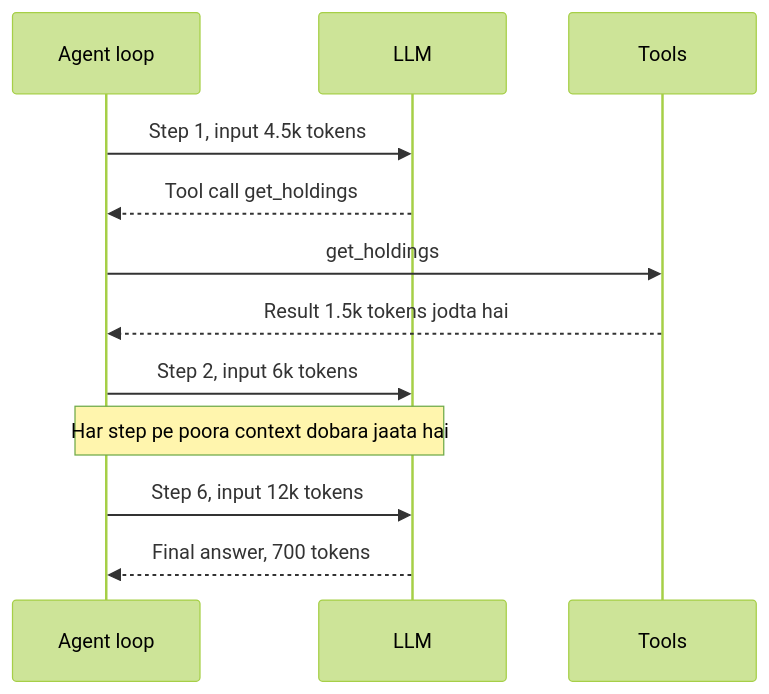
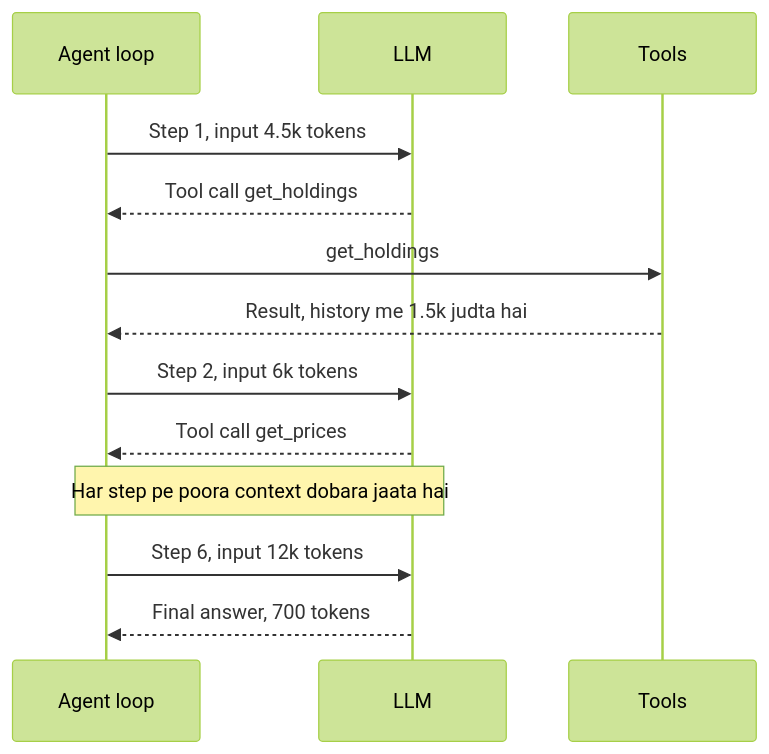
Before and after one commit to flow6979/viewinter: the second of 7 diagrams in content/11-agentic/11-cost-latency.md, drawn with Mermaid (forest theme). The commit also changed other lines of this file and 26 other files, not shown here.

First line of the commit message:
Agentic AI: rewrite all 13 pages to explain from scratch; animate diagrams on every article

````diff
--- a/content/11-agentic/11-cost-latency.md
+++ b/content/11-agentic/11-cost-latency.md
@@ -45,14 +77,15 @@
 ```mermaid
 sequenceDiagram
     participant A as Agent loop
     participant L as LLM
     participant T as Tools
     A->>L: Step 1, input 4.5k tokens
     L-->>A: Tool call get_holdings
     A->>T: get_holdings
-    T-->>A: Result 1.5k tokens jodta hai
+    T-->>A: Result, history me 1.5k judta hai
     A->>L: Step 2, input 6k tokens
+    L-->>A: Tool call get_prices
     Note over A,L: Har step pe poora context dobara jaata hai
     A->>L: Step 6, input 12k tokens
     L-->>A: Final answer, 700 tokens
 ```
````
